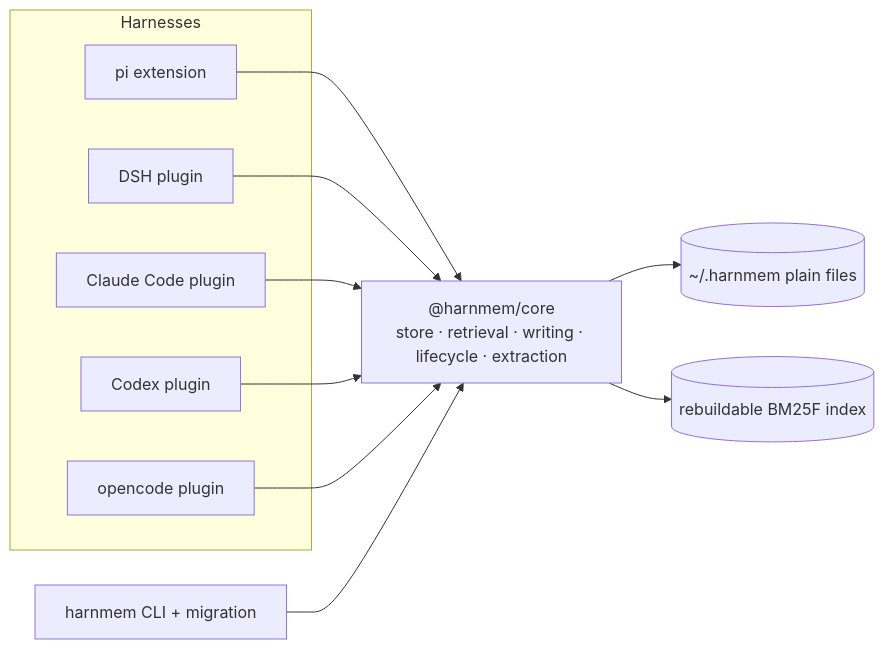
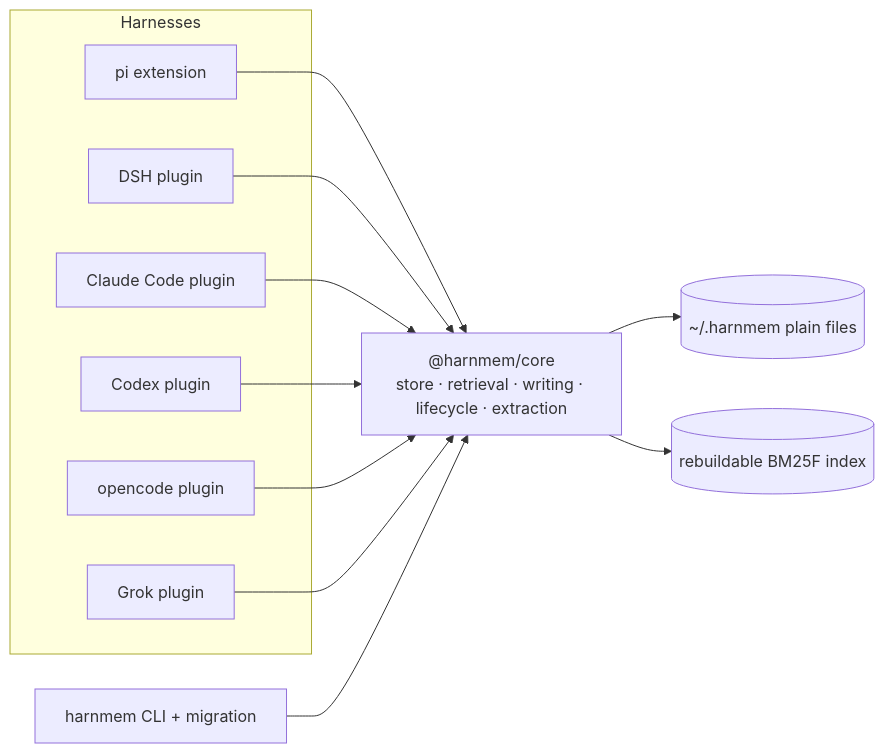
One commit to ys118/harnmem changed the diagram in README.md. Above: the diagram before and after it, drawn with Mermaid. The commit also changed other lines of this file and 110 other files, not shown here.

````diff
--- a/README.md
+++ b/README.md
@@ -243,20 +250,22 @@
 ```mermaid
 flowchart LR
   subgraph Harnesses
     PI[pi extension]
     DSH[DSH plugin]
     CC[Claude Code plugin]
     CX[Codex plugin]
     OP[opencode plugin]
+    GK[Grok plugin]
   end
   CLI[harnmem CLI + migration]
   CORE["@harnmem/core<br/>store · retrieval · writing · lifecycle · extraction"]
   PI --> CORE
   DSH --> CORE
   CC --> CORE
   CX --> CORE
   OP --> CORE
+  GK --> CORE
   CLI --> CORE
   CORE --> STD[(~/.harnmem plain files)]
   CORE --> IDX[(rebuildable BM25F index)]
 ```
````
